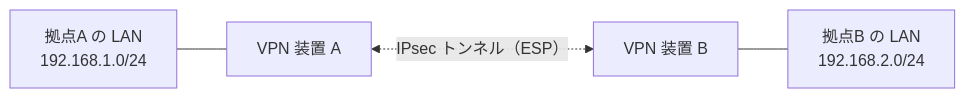
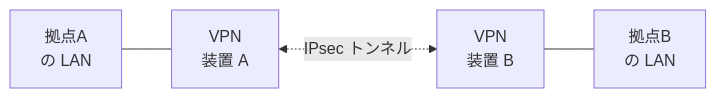
The first of 4 diagrams in network/wan-vpn/ipsec.md (nnnaanaa/document), drawn with Mermaid before and after one commit. The commit also changed other lines of this file and 2 other files, not shown here.

Commit message:
IPsec・VRRP・マルチキャスト暗記シートの図の横幅を詰める

````diff
--- a/network/wan-vpn/ipsec.md
+++ b/network/wan-vpn/ipsec.md
@@ -13,6 +13,6 @@
 ```mermaid
 flowchart LR
-  LA["拠点A の LAN<br>192.168.1.0/24"] --- RA["VPN 装置 A"]
-  RA <-. "IPsec トンネル（ESP）" .-> RB["VPN 装置 B"]
-  RB --- LB["拠点B の LAN<br>192.168.2.0/24"]
+  LA["拠点A<br>の LAN"] --- RA["VPN<br>装置 A"]
+  RA <-. "IPsec トンネル" .-> RB["VPN<br>装置 B"]
+  RB --- LB["拠点B<br>の LAN"]
 ```
````
